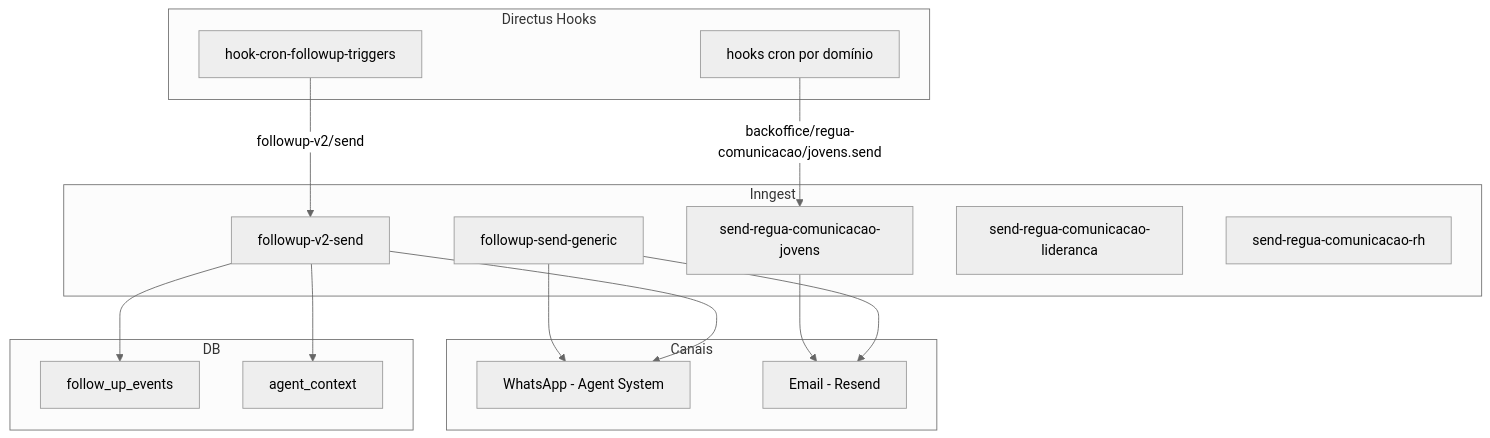
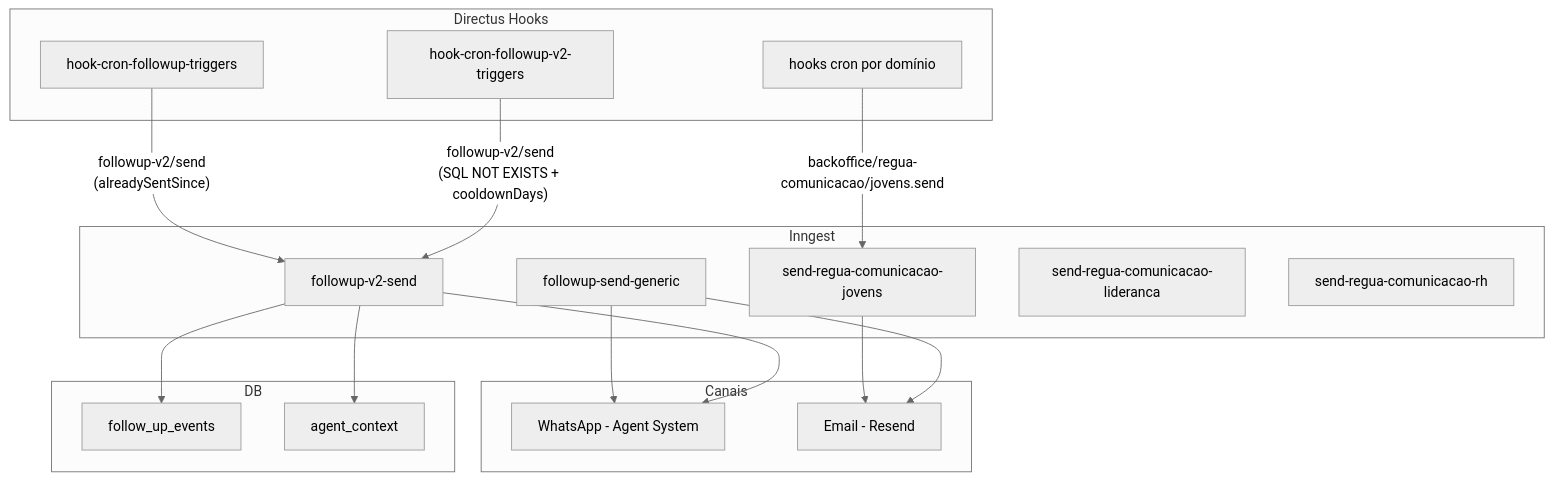
One commit to leapy-edtech/docs changed the diagram in documentation/platform/communications-fup.mdx. Above: the diagram before and after it, drawn with Mermaid (neutral theme). The commit also changed other lines of this file and 2 other files, not shown here.

````diff
--- a/documentation/platform/communications-fup.mdx
+++ b/documentation/platform/communications-fup.mdx
@@ -35,34 +35,36 @@
 ```mermaid
 flowchart TB
     subgraph Directus Hooks
-        CRON[hook-cron-followup-triggers]
+        CRON_V1[hook-cron-followup-triggers]
+        CRON_V2[hook-cron-followup-v2-triggers]
         REGUA_CRON[hooks cron por domínio]
     end
 
     subgraph Inngest
         FUP1[followup-send-generic]
         FUP2[followup-v2-send]
         REGUA_J[send-regua-comunicacao-jovens]
         REGUA_L[send-regua-comunicacao-lideranca]
         REGUA_R[send-regua-comunicacao-rh]
     end
 
     subgraph Canais
         WA[WhatsApp - Agent System]
         EMAIL[Email - Resend]
     end
 
     subgraph DB
         FUP_LOG[follow_up_events]
         AGENT[agent_context]
     end
 
-    CRON -->|followup-v2/send| FUP2
+    CRON_V1 -->|"followup-v2/send\n(alreadySentSince)"| FUP2
+    CRON_V2 -->|"followup-v2/send\n(SQL NOT EXISTS + cooldownDays)"| FUP2
     REGUA_CRON -->|backoffice/regua-comunicacao/jovens.send| REGUA_J
     REGUA_J --> EMAIL
     FUP1 --> WA
     FUP1 --> EMAIL
     FUP2 --> WA
     FUP2 --> FUP_LOG
     FUP2 --> AGENT
 ```
````
